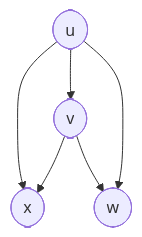
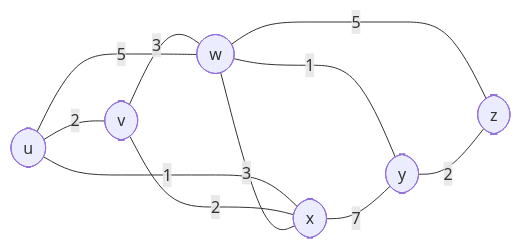
The second of 2 diagrams in CNT4007 Notes.md (nicholasverdugo/Obsidian), drawn with Mermaid before and after one commit. The commit also changed other lines of this file, not shown here.

Commit message:
vault backup: 2022-09-19 13:15:35

````diff
--- a/CNT4007 Notes.md
+++ b/CNT4007 Notes.md
@@ -139,8 +139,13 @@
 ```mermaid
-graph TD;
-	id1([u])-->id2([v]);
-	id1-->id3([x]);
-	id2-->id3;
-	id2-->id4([w]);
-	id1-->id4;
+graph LR;
+	id1([u])-- 2 ---id2([v]);
+	id1-- 1 ---id3([x]);
+	id2-- 2 ---id3;
+	id2-- 3 ---id4([w]);
+	id4-- 3 ---id3;
+	id1-- 5 ---id4;
+	id4-- 5 ---id5([z]);
+	id4-- 1 ---id6([y]);
+	id6-- 2 ---id5;
+	id3-- 7 ---id6;
 ```
````
